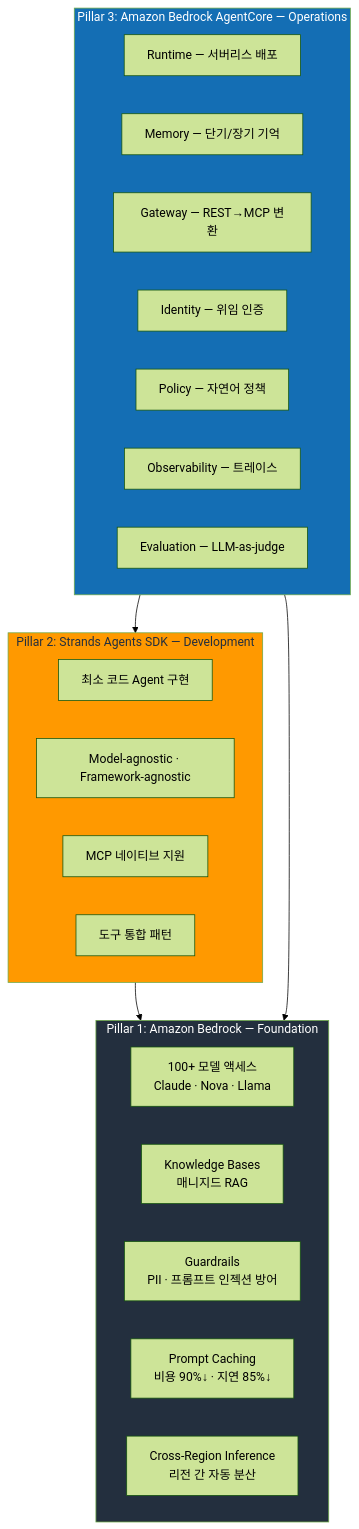
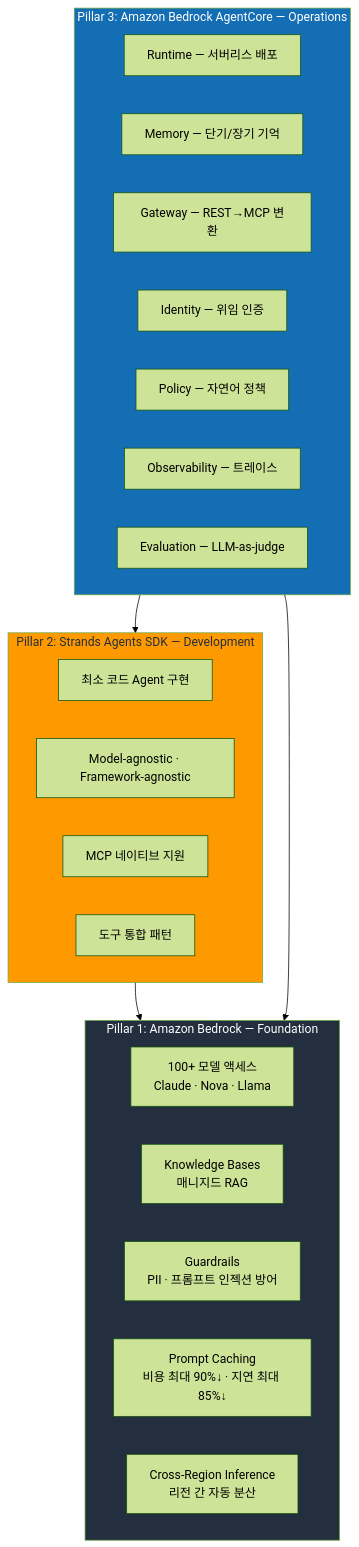
The first of 5 diagrams in i18n/ko/docusaurus-plugin-content-docs/current/agentic-ai-platform/design-architecture/platform-selection/aws-native-agentic-platform.md (devfloor9/engineering-playbook), drawn with Mermaid (forest theme) before and after one commit. The commit also changed other lines of this file and 39 other files, not shown here.

````diff
--- a/i18n/ko/docusaurus-plugin-content-docs/current/agentic-ai-platform/design-architecture/platform-selection/aws-native-agentic-platform.md
+++ b/i18n/ko/docusaurus-plugin-content-docs/current/agentic-ai-platform/design-architecture/platform-selection/aws-native-agentic-platform.md
@@ -62,35 +62,35 @@
 ```mermaid
 graph TB
     subgraph Pillar1["Pillar 1: Amazon Bedrock — Foundation"]
         B1["100+ 모델 액세스<br/>Claude · Nova · Llama"]
         B2["Knowledge Bases<br/>매니지드 RAG"]
         B3["Guardrails<br/>PII · 프롬프트 인젝션 방어"]
-        B4["Prompt Caching<br/>비용 90%↓ · 지연 85%↓"]
+        B4["Prompt Caching<br/>비용 최대 90%↓ · 지연 최대 85%↓"]
         B5["Cross-Region Inference<br/>리전 간 자동 분산"]
     end
 
     subgraph Pillar2["Pillar 2: Strands Agents SDK — Development"]
         S1["최소 코드 Agent 구현"]
         S2["Model-agnostic · Framework-agnostic"]
         S3["MCP 네이티브 지원"]
         S4["도구 통합 패턴"]
     end
 
     subgraph Pillar3["Pillar 3: Amazon Bedrock AgentCore — Operations"]
         A1["Runtime — 서버리스 배포"]
         A2["Memory — 단기/장기 기억"]
         A3["Gateway — REST→MCP 변환"]
         A4["Identity — 위임 인증"]
         A5["Policy — 자연어 정책"]
         A6["Observability — 트레이스"]
         A7["Evaluation — LLM-as-judge"]
     end
 
     Pillar2 --> Pillar1
     Pillar3 --> Pillar2
     Pillar3 --> Pillar1
 
     style Pillar1 fill:#232F3E,color:#fff
     style Pillar2 fill:#FF9900,color:#232F3E
     style Pillar3 fill:#146EB4,color:#fff
 ```
````
